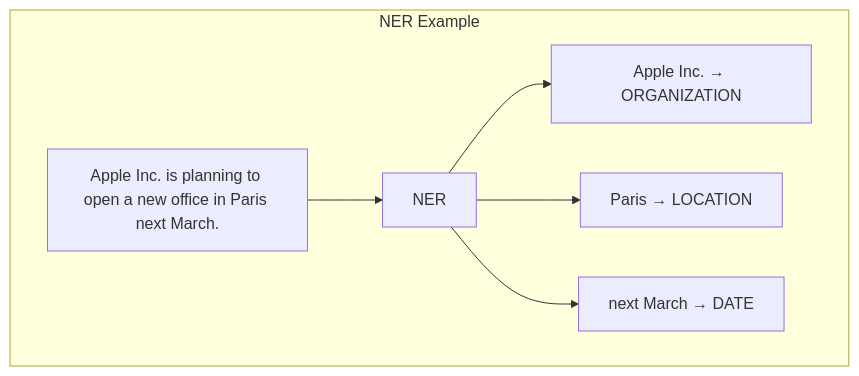
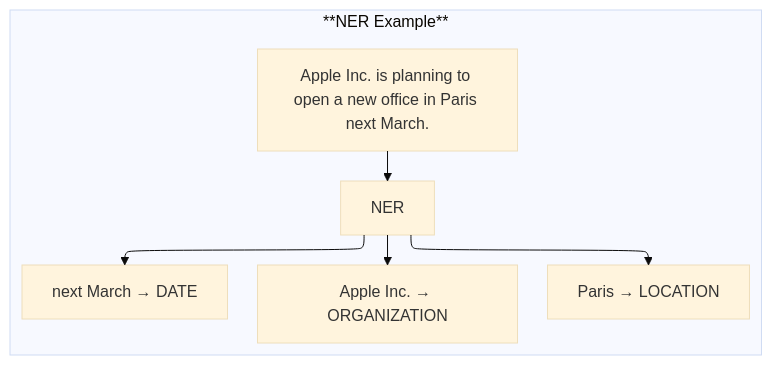
Before and after one commit to Vineet-Sharma-Medium-Stories/Medium-Build-Tool: the diagram in The 2026 AI Metromap/The 2026 AI Metromap: NLP Tasks – NER, Translation, Summarization, and Beyond.md, drawn with Mermaid. The commit also changed 37 other files, not shown here.

````diff
--- a/The 2026 AI Metromap/The 2026 AI Metromap: NLP Tasks – NER, Translation, Summarization, and Beyond.md
+++ b/The 2026 AI Metromap/The 2026 AI Metromap: NLP Tasks – NER, Translation, Summarization, and Beyond.md
@@ -70,10 +70,15 @@
 ```mermaid
+---
+config:
+  theme: base
+  layout: elk
+---
 graph TD
-    subgraph "NER Example"
+    subgraph "**NER Example**"
         T[Apple Inc. is planning to open a new office in Paris next March.] --> NER
         
         NER --> E1[Apple Inc. → ORGANIZATION]
         NER --> E2[Paris → LOCATION]
         NER --> E3[next March → DATE]
     end
 ```
````
